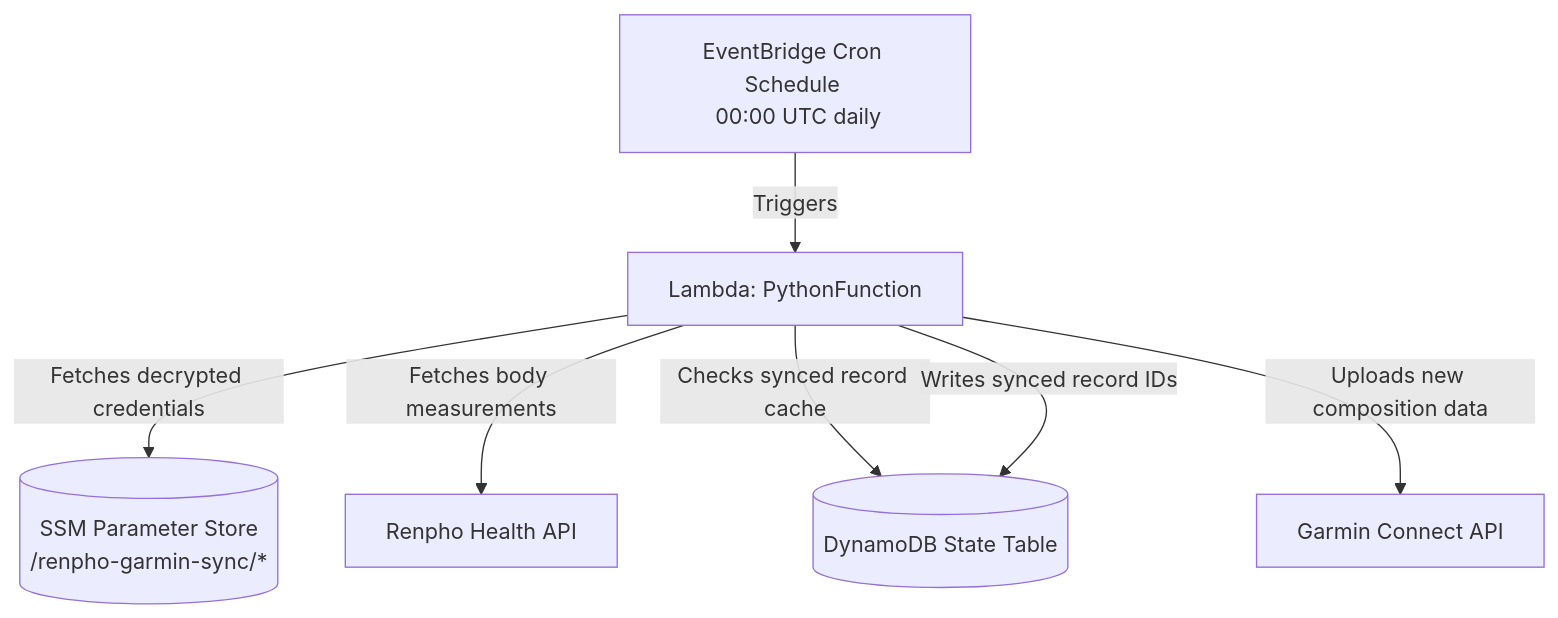
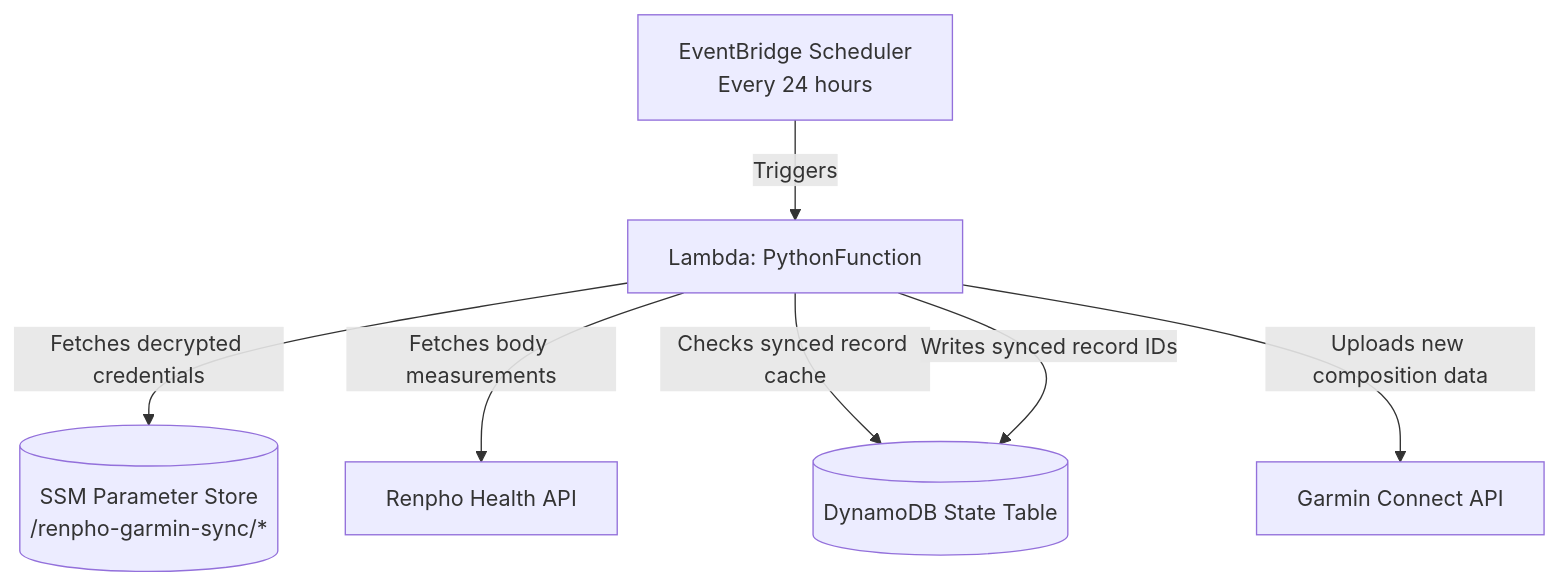
Before and after one commit to michaelmassey/aws-renpho-garmin-sync: the diagram in README.md, drawn with Mermaid. The commit also changed other lines of this file and 1 other file, not shown here.

Commit message:
Implemented Amazon EventBridge Scheduler with 24-hour rate rule

````diff
--- a/README.md
+++ b/README.md
@@ -11,9 +11,9 @@
 ```mermaid
 graph TD
-    EB[EventBridge Cron Schedule <br/> 00:00 UTC daily] -->|Triggers| LF[Lambda: PythonFunction]
+    EB[EventBridge Scheduler <br/> Every 24 hours] -->|Triggers| LF[Lambda: PythonFunction]
     LF -->|Fetches decrypted credentials| SSM[(SSM Parameter Store <br/> /renpho-garmin-sync/*)]
     LF -->|Fetches body measurements| Renpho[Renpho Health API]
     LF -->|Checks synced record cache| DDB[(DynamoDB State Table)]
     LF -->|Uploads new composition data| Garmin[Garmin Connect API]
     LF -->|Writes synced record IDs| DDB
 ```
````
